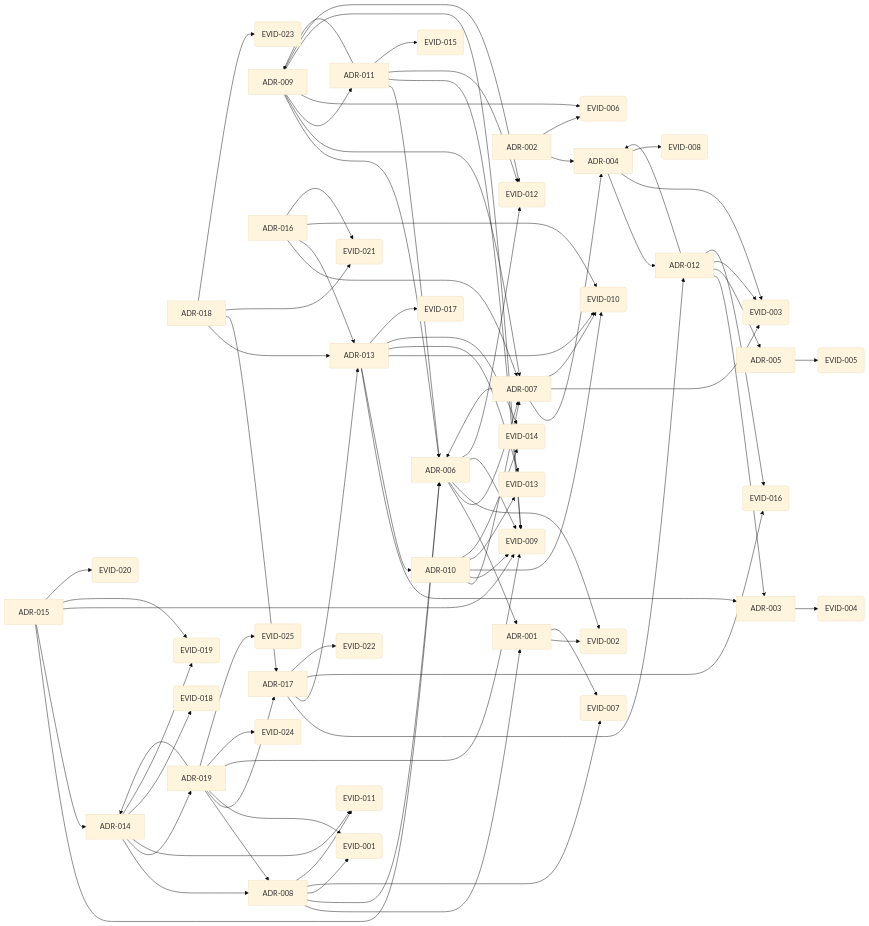
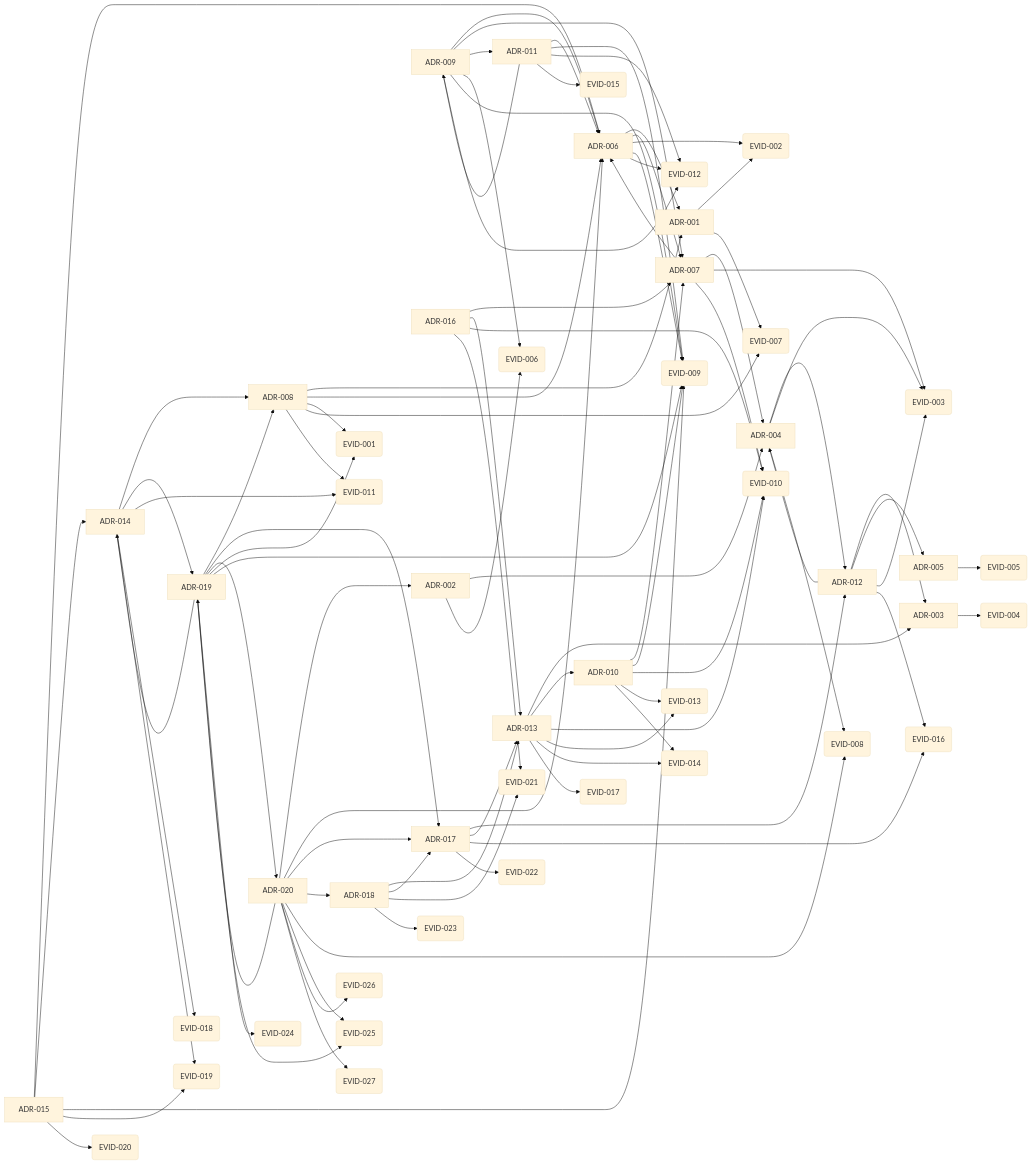
One commit to TeramachiShunsuke/aidd changed the diagram in GRAPH.md. Above: the diagram before and after it, drawn with Mermaid (base theme). The commit also changed other lines of this file and 14 other files, not shown here.

````diff
--- a/GRAPH.md
+++ b/GRAPH.md
@@ -53,6 +53,7 @@
   ADR_017[ADR-017]
   ADR_018[ADR-018]
   ADR_019[ADR-019]
+  ADR_020[ADR-020]
   EVID_001(EVID-001)
   EVID_002(EVID-002)
   EVID_003(EVID-003)
@@ -78,6 +79,8 @@
   EVID_023(EVID-023)
   EVID_024(EVID-024)
   EVID_025(EVID-025)
+  EVID_026(EVID-026)
+  EVID_027(EVID-027)
   ADR_001 --> EVID_002
   ADR_001 --> EVID_007
   ADR_002 --> ADR_004
@@ -153,8 +156,18 @@
   ADR_019 --> ADR_008
   ADR_019 --> ADR_014
   ADR_019 --> ADR_017
+  ADR_019 --> ADR_020
   ADR_019 --> EVID_001
   ADR_019 --> EVID_009
   ADR_019 --> EVID_024
   ADR_019 --> EVID_025
+  ADR_020 --> ADR_002
+  ADR_020 --> ADR_006
+  ADR_020 --> ADR_017
+  ADR_020 --> ADR_018
+  ADR_020 --> ADR_019
+  ADR_020 --> EVID_008
+  ADR_020 --> EVID_025
+  ADR_020 --> EVID_026
+  ADR_020 --> EVID_027
 ```
````
